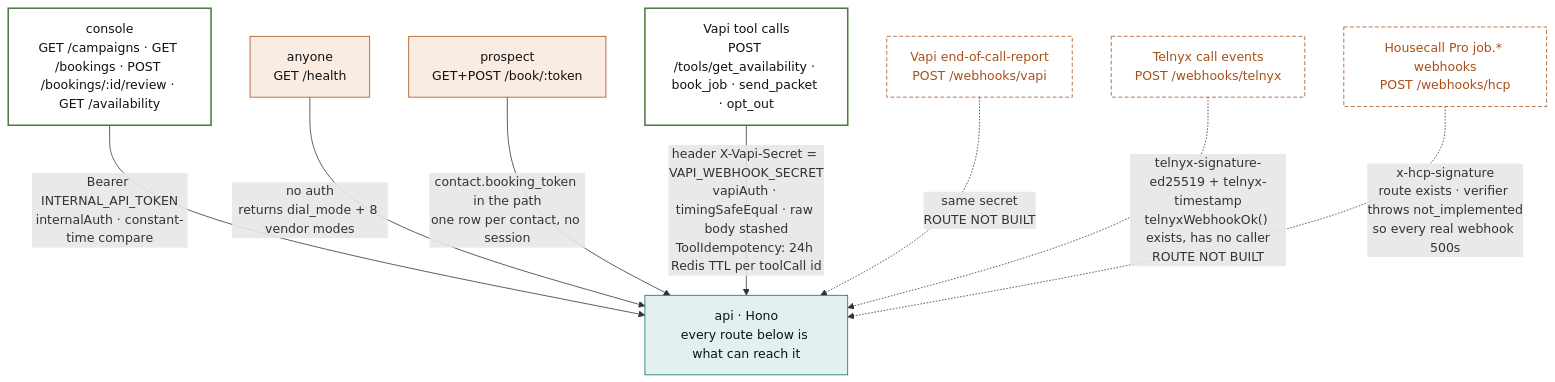
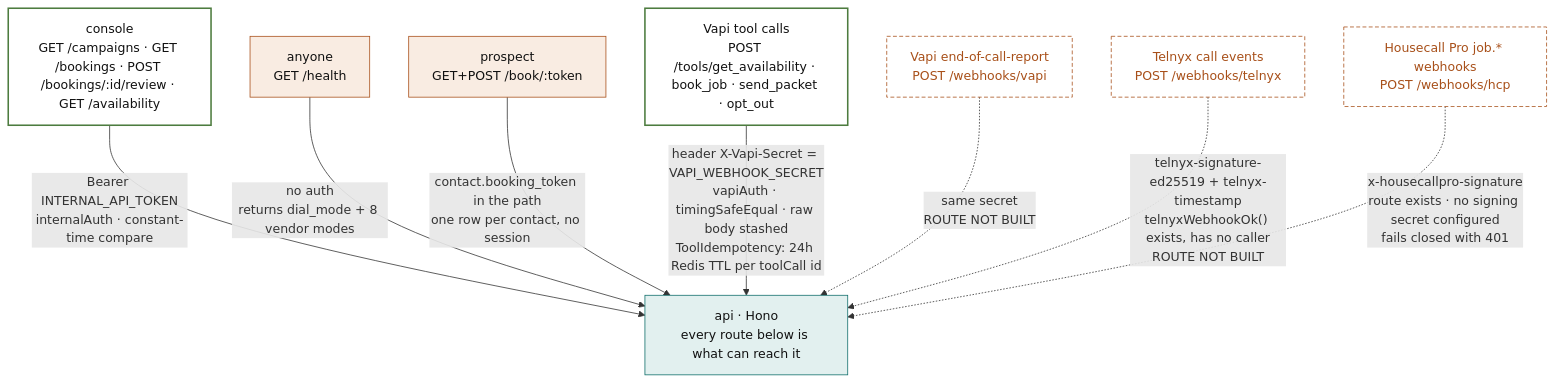
One commit to MAKaminski/tm-voice changed the fifth of 7 diagrams in docs/ARCHITECTURE.md. Above: the diagram before and after it, drawn with Mermaid. The commit also changed other lines of this file and 7 other files, not shown here.

First line of the commit message:
feat(hcp): real Housecall Pro client — reads verified against the live account

````diff
--- a/docs/ARCHITECTURE.md
+++ b/docs/ARCHITECTURE.md
@@ -236,25 +236,25 @@
 ```mermaid
 flowchart TB
   classDef svc fill:#e2f0ef,stroke:#0e6d6a,color:#111
   classDef ok fill:#fff,stroke:#4d7c3f,stroke-width:2px,color:#111
   classDef gap fill:#fff,stroke:#a8501a,stroke-dasharray:5 3,color:#a8501a
   classDef pub fill:#f9ece2,stroke:#a8501a,color:#111
 
   api["api · Hono<br/>every route below is what can reach it"]:::svc
 
   c1["console<br/>GET /campaigns · GET /bookings · POST /bookings/:id/review · GET /availability"]:::ok
   c2["anyone<br/>GET /health"]:::pub
   c3["prospect<br/>GET+POST /book/:token"]:::pub
   v1["Vapi tool calls<br/>POST /tools/get_availability · book_job · send_packet · opt_out"]:::ok
   v2["Vapi end-of-call-report<br/>POST /webhooks/vapi"]:::gap
   t1["Telnyx call events<br/>POST /webhooks/telnyx"]:::gap
   h1["Housecall Pro job.* webhooks<br/>POST /webhooks/hcp"]:::gap
 
   c1 -->|"Bearer INTERNAL_API_TOKEN<br/>internalAuth · constant-time compare"| api
   c2 -->|"no auth<br/>returns dial_mode + 8 vendor modes"| api
   c3 -->|"contact.booking_token in the path<br/>one row per contact, no session"| api
   v1 -->|"header X-Vapi-Secret = VAPI_WEBHOOK_SECRET<br/>vapiAuth · timingSafeEqual · raw body stashed<br/>ToolIdempotency: 24h Redis TTL per toolCall id"| api
   v2 -.->|"same secret<br/>ROUTE NOT BUILT"| api
   t1 -.->|"telnyx-signature-ed25519 + telnyx-timestamp<br/>telnyxWebhookOk() exists, has no caller<br/>ROUTE NOT BUILT"| api
-  h1 -.->|"x-hcp-signature<br/>route exists · verifier throws not_implemented<br/>so every real webhook 500s"| api
+  h1 -.->|"x-housecallpro-signature<br/>route exists · no signing secret configured<br/>fails closed with 401"| api
 ```
````
